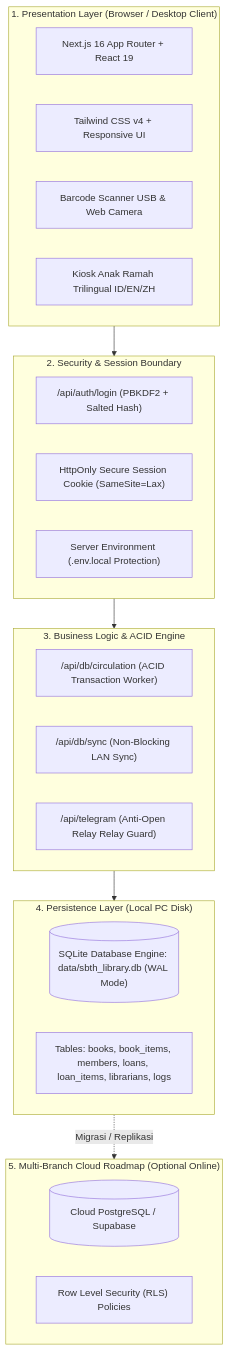
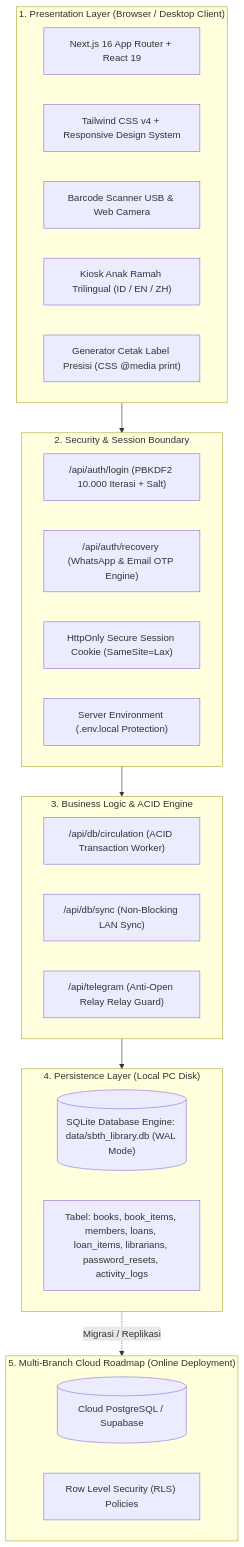
The first of 2 diagrams in docs/ARCHITECTURE_AND_SECURITY.md (prasetyohk/smart-library-management-system), drawn with Mermaid before and after one commit. The commit also changed other lines of this file and 9 other files, not shown here.

Commit message:
feat(auth): add WhatsApp and Email OTP password reset, revise showcase documentation, update label generator screenshot, and add developer portfolio

````diff
--- a/docs/ARCHITECTURE_AND_SECURITY.md
+++ b/docs/ARCHITECTURE_AND_SECURITY.md
@@ -24,36 +29,38 @@
 ```mermaid
 graph TD
     subgraph ClientLayer ["1. Presentation Layer (Browser / Desktop Client)"]
-        UI[Next.js 16 App Router + React 19]
-        Tailwind[Tailwind CSS v4 + Responsive UI]
-        Scanner[Barcode Scanner USB & Web Camera]
-        OpacKiosk[Kiosk Anak Ramah Trilingual ID/EN/ZH]
+        UI["Next.js 16 App Router + React 19"]
+        Tailwind["Tailwind CSS v4 + Responsive Design System"]
+        Scanner["Barcode Scanner USB & Web Camera"]
+        OpacKiosk["Kiosk Anak Ramah Trilingual (ID / EN / ZH)"]
+        LabelEngine["Generator Cetak Label Presisi (CSS @media print)"]
     end
 
     subgraph SecurityLayer ["2. Security & Session Boundary"]
-        AuthRoute["/api/auth/login (PBKDF2 + Salted Hash)"]
+        AuthRoute["/api/auth/login (PBKDF2 10.000 Iterasi + Salt)"]
+        RecoveryRoute["/api/auth/recovery (WhatsApp & Email OTP Engine)"]
         SessionCookie["HttpOnly Secure Session Cookie (SameSite=Lax)"]
         EnvConfig["Server Environment (.env.local Protection)"]
     end
 
     subgraph ServiceLayer ["3. Business Logic & ACID Engine"]
         CirculationEngine["/api/db/circulation (ACID Transaction Worker)"]
         SyncEngine["/api/db/sync (Non-Blocking LAN Sync)"]
         TelegramService["/api/telegram (Anti-Open Relay Relay Guard)"]
     end
 
     subgraph PersistenceLayer ["4. Persistence Layer (Local PC Disk)"]
         SQLiteDB[("SQLite Database Engine: data/sbth_library.db (WAL Mode)")]
-        Tables["Tables: books, book_items, members, loans, loan_items, librarians, logs"]
+        Tables["Tabel: books, book_items, members, loans, loan_items, librarians, password_resets, activity_logs"]
     end
 
-    subgraph CloudRoadmap ["5. Multi-Branch Cloud Roadmap (Optional Online)"]
+    subgraph CloudRoadmap ["5. Multi-Branch Cloud Roadmap (Online Deployment)"]
         SupabasePostgres[("Cloud PostgreSQL / Supabase")]
         RLSPolicies["Row Level Security (RLS) Policies"]
     end
 
     ClientLayer --> SecurityLayer
     SecurityLayer --> ServiceLayer
     ServiceLayer --> PersistenceLayer
     PersistenceLayer -.->|Migrasi / Replikasi| CloudRoadmap
 ```
````
